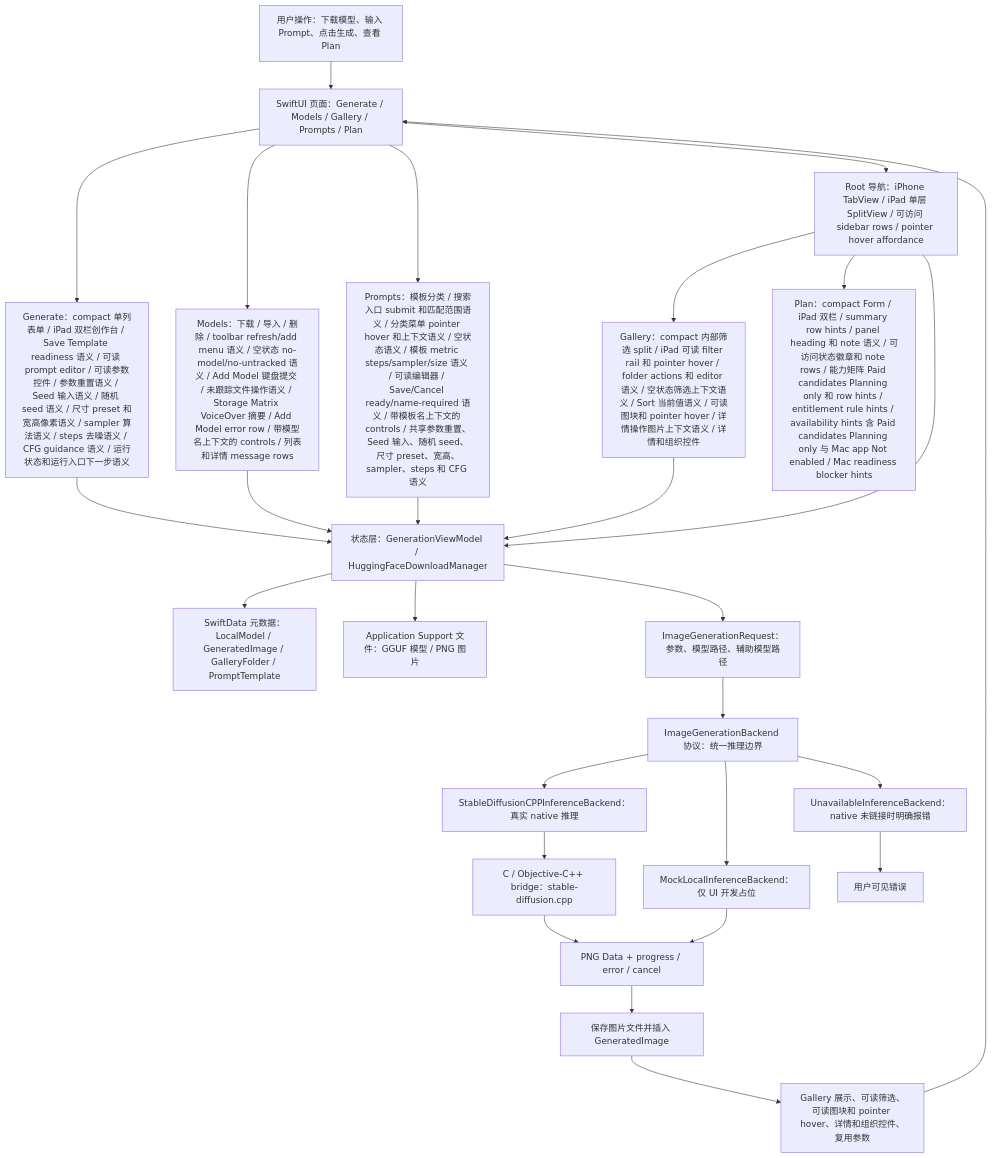
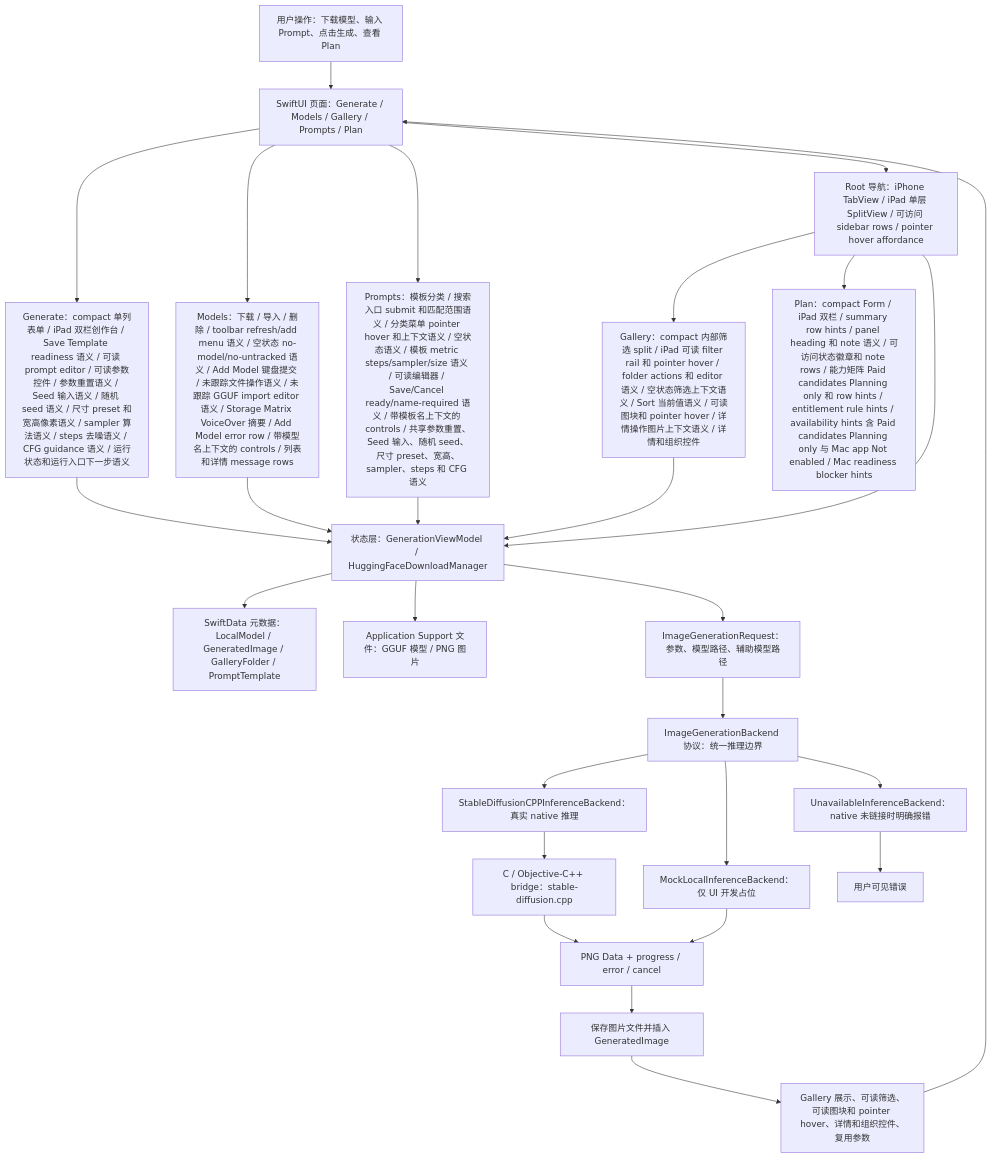
One commit to Altman-sam114/118 changed the first of 7 diagrams in md/flow/flowchart.md. Above: the diagram before and after it, drawn with Mermaid. The commit also changed 5 other files, not shown here.

First line of the commit message:
v1.66: Models untracked import semantics

````diff
--- a/md/flow/flowchart.md
+++ b/md/flow/flowchart.md
@@ -9,29 +9,29 @@
 ```mermaid
 flowchart TD
   U["用户操作：下载模型、输入 Prompt、点击生成、查看 Plan"] --> UI["SwiftUI 页面：Generate / Models / Gallery / Prompts / Plan"]
   UI --> GENUI["Generate：compact 单列表单 / iPad 双栏创作台 / Save Template readiness 语义 / 可读 prompt editor / 可读参数控件 / 参数重置语义 / Seed 输入语义 / 随机 seed 语义 / 尺寸 preset 和宽高像素语义 / sampler 算法语义 / steps 去噪语义 / CFG guidance 语义 / 运行状态和运行入口下一步语义"]
-  UI --> MODELUI["Models：下载 / 导入 / 删除 / toolbar refresh/add menu 语义 / 空状态 no-model/no-untracked 语义 / Add Model 键盘提交 / 未跟踪文件操作语义 / Storage Matrix VoiceOver 摘要 / Add Model error row / 带模型名上下文的 controls / 列表和详情 message rows"]
+  UI --> MODELUI["Models：下载 / 导入 / 删除 / toolbar refresh/add menu 语义 / 空状态 no-model/no-untracked 语义 / Add Model 键盘提交 / 未跟踪文件操作语义 / 未跟踪 GGUF import editor 语义 / Storage Matrix VoiceOver 摘要 / Add Model error row / 带模型名上下文的 controls / 列表和详情 message rows"]
   UI --> PROMPTUI["Prompts：模板分类 / 搜索入口 submit 和匹配范围语义 / 分类菜单 pointer hover 和上下文语义 / 空状态语义 / 模板 metric steps/sampler/size 语义 / 可读编辑器 / Save/Cancel ready/name-required 语义 / 带模板名上下文的 controls / 共享参数重置、Seed 输入、随机 seed、尺寸 preset、宽高、sampler、steps 和 CFG 语义"]
   UI --> NAV["Root 导航：iPhone TabView / iPad 单层 SplitView / 可访问 sidebar rows / pointer hover affordance"]
   NAV --> GALUI["Gallery：compact 内部筛选 split / iPad 可读 filter rail 和 pointer hover / folder actions 和 editor 语义 / 空状态筛选上下文语义 / Sort 当前值语义 / 可读图块和 pointer hover / 详情操作图片上下文语义 / 详情和组织控件"]
   NAV --> PLANUI["Plan：compact Form / iPad 双栏 / summary row hints / panel heading 和 note 语义 / 可访问状态徽章和 note rows / 能力矩阵 Paid candidates Planning only 和 row hints / entitlement rule hints / availability hints 含 Paid candidates Planning only 与 Mac app Not enabled / Mac readiness blocker hints"]
   NAV --> VM["状态层：GenerationViewModel / HuggingFaceDownloadManager"]
   GENUI --> VM
   MODELUI --> VM
   PROMPTUI --> VM
   GALUI --> VM
   VM --> SD["SwiftData 元数据：LocalModel / GeneratedImage / GalleryFolder / PromptTemplate"]
   VM --> FS["Application Support 文件：GGUF 模型 / PNG 图片"]
   VM --> REQ["ImageGenerationRequest：参数、模型路径、辅助模型路径"]
   REQ --> IFACE["ImageGenerationBackend 协议：统一推理边界"]
   IFACE --> NATIVE["StableDiffusionCPPInferenceBackend：真实 native 推理"]
   IFACE --> MOCK["MockLocalInferenceBackend：仅 UI 开发占位"]
   IFACE --> OFF["UnavailableInferenceBackend：native 未链接时明确报错"]
   NATIVE --> BRIDGE["C / Objective-C++ bridge：stable-diffusion.cpp"]
   BRIDGE --> PNG["PNG Data + progress / error / cancel"]
   MOCK --> PNG
   OFF --> ERR["用户可见错误"]
   PNG --> SAVE["保存图片文件并插入 GeneratedImage"]
   SAVE --> GALLERY["Gallery 展示、可读筛选、可读图块和 pointer hover、详情和组织控件、复用参数"]
   GALLERY --> UI
 ```
````
